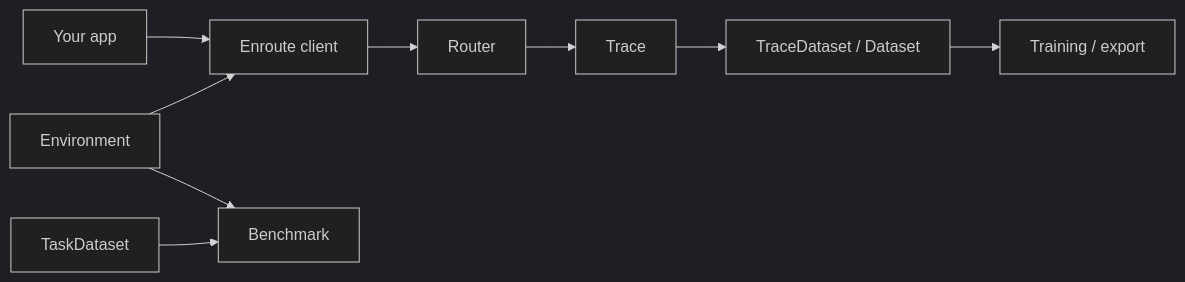
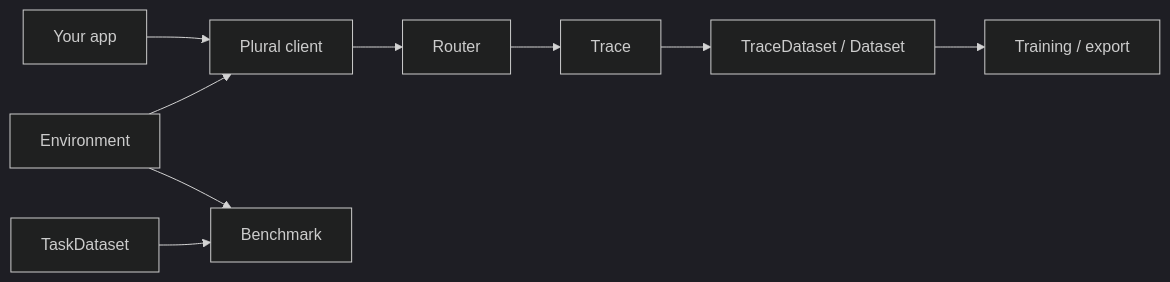
The diagram in docs/index.md (lastlabs-ai/plural), drawn with Mermaid (dark theme) before and after one commit. The commit also changed other lines of this file and 189 other files, not shown here.

````diff
--- a/docs/index.md
+++ b/docs/index.md
@@ -12,11 +12,11 @@
 ```mermaid
 flowchart LR
-  App[Your app] --> Client[Enroute client]
+  App[Your app] --> Client[Plural client]
   Env[Environment] --> Client
   Client --> Router[Router]
   Router --> Trace[Trace]
   Trace --> TraceDataset[TraceDataset / Dataset]
   TraceDataset --> Training[Training / export]
   TaskDataset[TaskDataset] --> Bench[Benchmark]
   Env --> Bench
 ```
````
